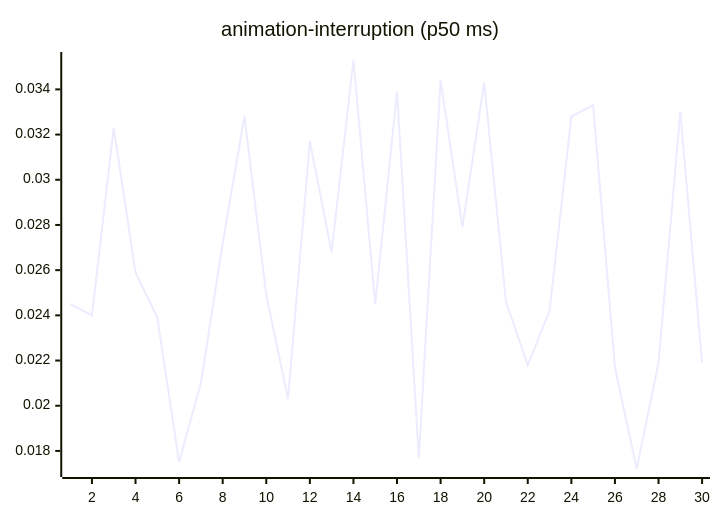
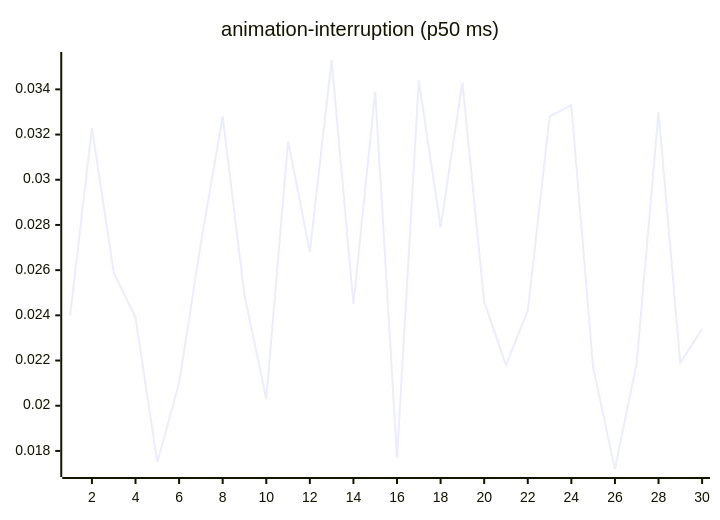
One commit to josha/Facet changed the third of 27 diagrams in README.md. Above: the diagram before and after it, drawn with Mermaid. The commit also changed other lines of this file and 2 other files, not shown here.

````diff
--- a/README.md
+++ b/README.md
@@ -77,6 +77,6 @@
 ```mermaid
 xychart-beta
     title "animation-interruption (p50 ms)"
     x-axis 1 --> 30
-    line [0.0245, 0.0240, 0.0323, 0.0259, 0.0239, 0.0175, 0.0210, 0.0272, 0.0328, 0.0249, 0.0203, 0.0317, 0.0268, 0.0353, 0.0245, 0.0339, 0.0177, 0.0344, 0.0279, 0.0343, 0.0246, 0.0218, 0.0242, 0.0328, 0.0333, 0.0217, 0.0172, 0.0219, 0.0330, 0.0219]
+    line [0.0240, 0.0323, 0.0259, 0.0239, 0.0175, 0.0210, 0.0272, 0.0328, 0.0249, 0.0203, 0.0317, 0.0268, 0.0353, 0.0245, 0.0339, 0.0177, 0.0344, 0.0279, 0.0343, 0.0246, 0.0218, 0.0242, 0.0328, 0.0333, 0.0217, 0.0172, 0.0219, 0.0330, 0.0219, 0.0234]
 ```
````
